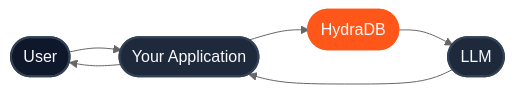
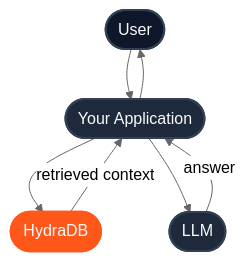
Before and after one commit to hydra-db/mintlify-docs: the first of 4 diagrams in get-started/v2/developer-journey.mdx, drawn with Mermaid (neutral theme). The commit also changed other lines of this file, not shown here.

First line of the commit message:
docs: fix architecture diagrams and SDK examples per review

````diff
--- a/get-started/v2/developer-journey.mdx
+++ b/get-started/v2/developer-journey.mdx
@@ -37,13 +37,14 @@
 ```mermaid
-flowchart LR
+flowchart TD
   User([User]) --> App([Your Application])
   App --> Hydra([HydraDB])
-  Hydra --> LLM([LLM])
-  LLM --> App
+  Hydra -->|"retrieved context"| App
+  App --> LLM([LLM])
+  LLM -->|"answer"| App
   App --> User
 
   style User fill:#0f172a,stroke:#334155,stroke-width:2px,color:#f8fafc,stroke-linecap:round
   style App fill:#1e293b,stroke:#334155,stroke-width:2px,color:#f8fafc,stroke-linecap:round
   style Hydra fill:#FF571A,stroke:#FF571A,stroke-width:2.5px,color:#f8fafc,stroke-linecap:round
   style LLM fill:#1e293b,stroke:#334155,stroke-width:2px,color:#f8fafc,stroke-linecap:round
 ```
````
